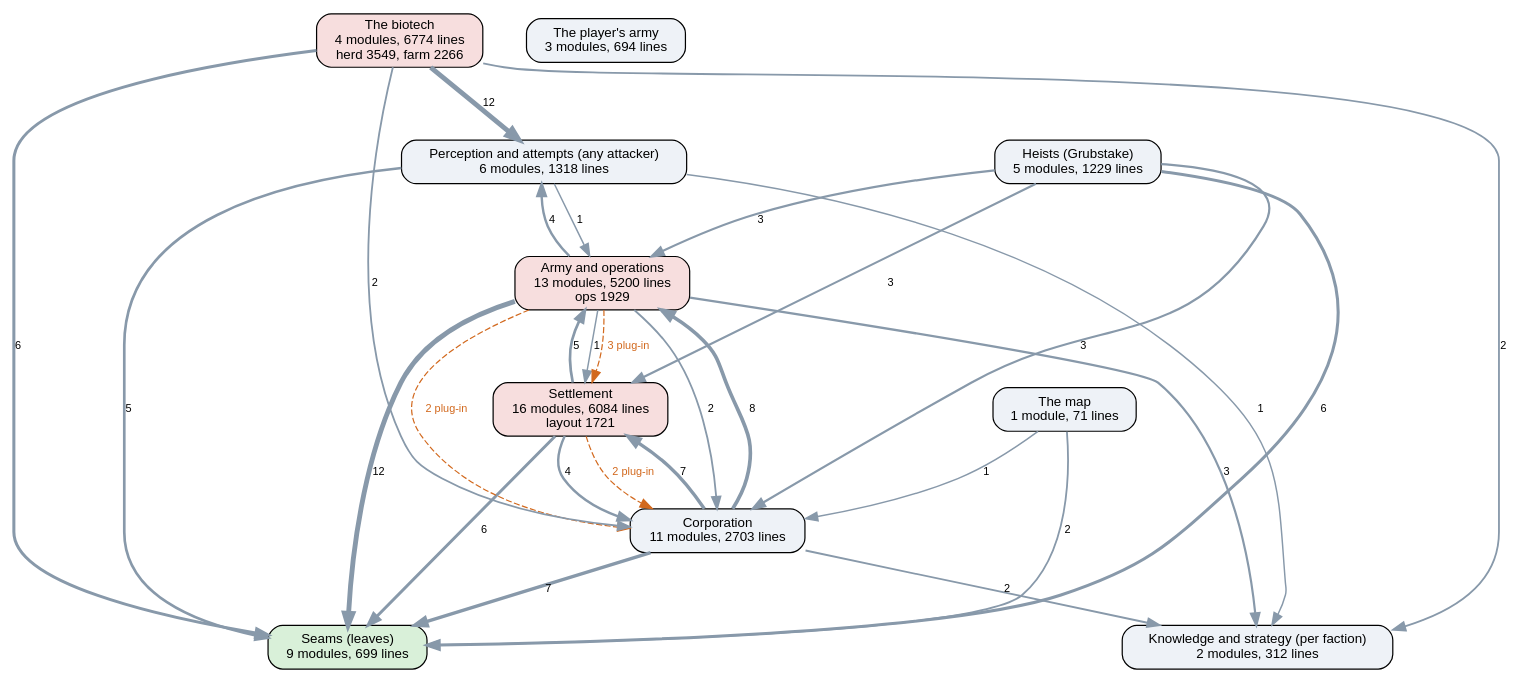
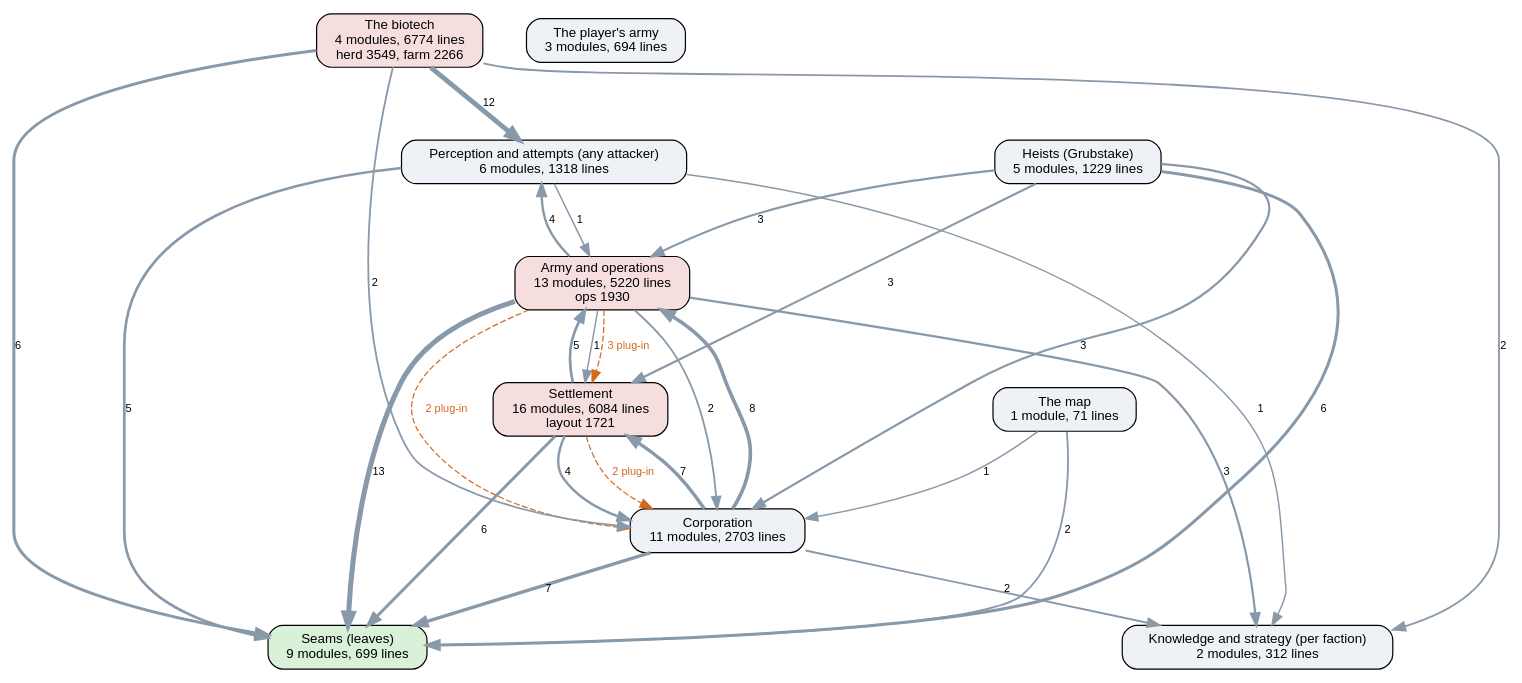
The diagram in docs/ai-layers.dot (kinelhu/landing-party), drawn with Graphviz before and after one commit. The commit also changed 10 other files, not shown here.

```diff
--- a/docs/ai-layers.dot
+++ b/docs/ai-layers.dot
@@ -1,43 +1,43 @@
 digraph layers {
   graph [rankdir=TB, fontname="Helvetica", nodesep=0.5, ranksep=0.7];
   node [shape=box, style="rounded,filled", fontname="Helvetica", fontsize=11, fillcolor="#eef2f7"];
   edge [color="#8899aa", fontname="Helvetica", fontsize=9];
   "Seams (leaves)" [label="Seams (leaves)\n9 modules, 699 lines", fillcolor="#d9f0d9"];
   "Perception and attempts (any attacker)" [label="Perception and attempts (any attacker)\n6 modules, 1318 lines", fillcolor="#eef2f7"];
   "Knowledge and strategy (per faction)" [label="Knowledge and strategy (per faction)\n2 modules, 312 lines", fillcolor="#eef2f7"];
   "Corporation" [label="Corporation\n11 modules, 2703 lines", fillcolor="#eef2f7"];
   "Settlement" [label="Settlement\n16 modules, 6084 lines\nlayout 1721", fillcolor="#f7dede"];
-  "Army and operations" [label="Army and operations\n13 modules, 5200 lines\nops 1929", fillcolor="#f7dede"];
+  "Army and operations" [label="Army and operations\n13 modules, 5220 lines\nops 1930", fillcolor="#f7dede"];
   "Heists (Grubstake)" [label="Heists (Grubstake)\n5 modules, 1229 lines", fillcolor="#eef2f7"];
   "The biotech" [label="The biotech\n4 modules, 6774 lines\nherd 3549, farm 2266", fillcolor="#f7dede"];
   "The map" [label="The map\n1 module, 71 lines", fillcolor="#eef2f7"];
   "The player's army" [label="The player's army\n3 modules, 694 lines", fillcolor="#eef2f7"];
   "Army and operations" -> "Corporation" [label="2", penwidth=1.5];
   "Army and operations" -> "Knowledge and strategy (per faction)" [label="3", penwidth=1.8];
   "Army and operations" -> "Perception and attempts (any attacker)" [label="4", penwidth=2.0];
-  "Army and operations" -> "Seams (leaves)" [label="12", penwidth=4.0];
+  "Army and operations" -> "Seams (leaves)" [label="13", penwidth=4.2];
   "Army and operations" -> "Settlement" [label="1", penwidth=1.2];
   "Corporation" -> "Army and operations" [label="8", penwidth=3.0];
   "Corporation" -> "Knowledge and strategy (per faction)" [label="2", penwidth=1.5];
   "Corporation" -> "Seams (leaves)" [label="7", penwidth=2.8];
   "Corporation" -> "Settlement" [label="7", penwidth=2.8];
   "Heists (Grubstake)" -> "Army and operations" [label="3", penwidth=1.8];
   "Heists (Grubstake)" -> "Corporation" [label="3", penwidth=1.8];
   "Heists (Grubstake)" -> "Seams (leaves)" [label="6", penwidth=2.5];
   "Heists (Grubstake)" -> "Settlement" [label="3", penwidth=1.8];
   "Perception and attempts (any attacker)" -> "Army and operations" [label="1", penwidth=1.2];
   "Perception and attempts (any attacker)" -> "Knowledge and strategy (per faction)" [label="1", penwidth=1.2];
   "Perception and attempts (any attacker)" -> "Seams (leaves)" [label="5", penwidth=2.2];
   "Settlement" -> "Army and operations" [label="5", penwidth=2.2];
   "Settlement" -> "Corporation" [label="4", penwidth=2.0];
   "Settlement" -> "Seams (leaves)" [label="6", penwidth=2.5];
   "The biotech" -> "Corporation" [label="2", penwidth=1.5];
   "The biotech" -> "Knowledge and strategy (per faction)" [label="2", penwidth=1.5];
   "The biotech" -> "Perception and attempts (any attacker)" [label="12", penwidth=4.0];
   "The biotech" -> "Seams (leaves)" [label="6", penwidth=2.5];
   "The map" -> "Corporation" [label="1", penwidth=1.2];
   "The map" -> "Seams (leaves)" [label="2", penwidth=1.5];
   "Army and operations" -> "Corporation" [style=dashed, color="#d2691e", fontcolor="#d2691e", label="2 plug-in"];
   "Army and operations" -> "Settlement" [style=dashed, color="#d2691e", fontcolor="#d2691e", label="3 plug-in"];
   "Settlement" -> "Corporation" [style=dashed, color="#d2691e", fontcolor="#d2691e", label="2 plug-in"];
 }
```
